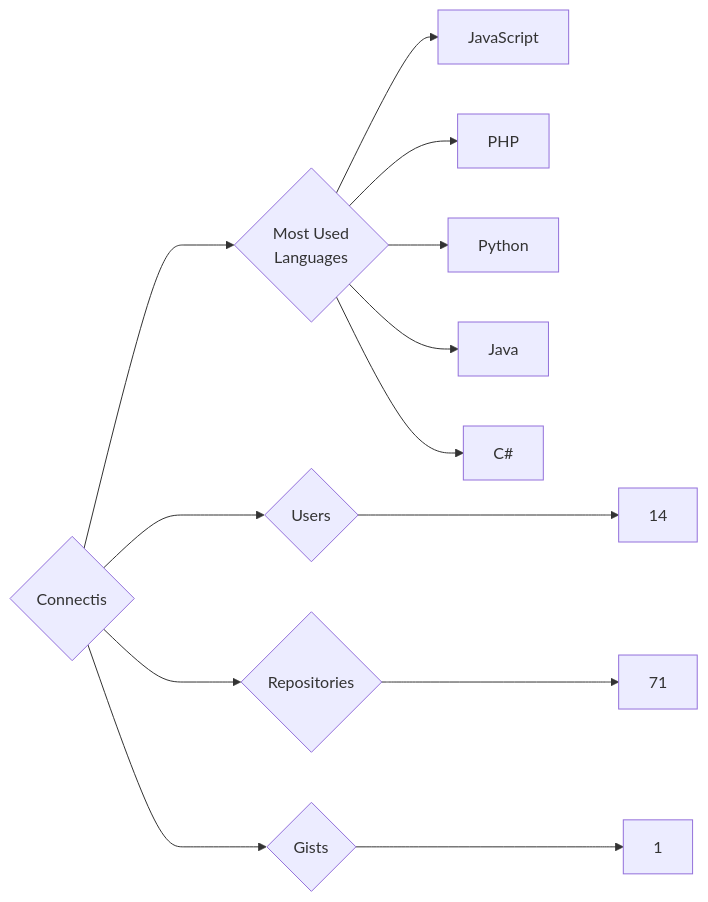
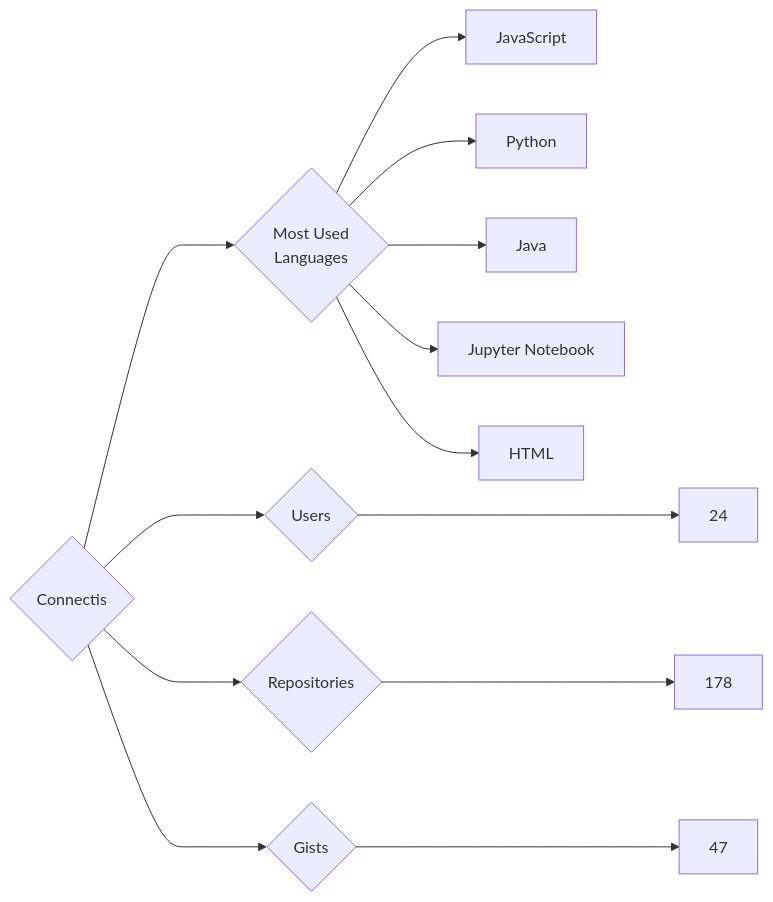
One commit to trickest/insiders changed the diagram in targets/Connectis/README.md. Above: the diagram before and after it, drawn with Mermaid. The commit also changed 777 other files, not shown here.

````diff
--- a/targets/Connectis/README.md
+++ b/targets/Connectis/README.md
@@ -3,13 +3,13 @@
 ```mermaid
 graph LR
 COMPANY_NAME{Connectis}
-COMPANY_NAME ---> U{Users} ---> UN[14]
-COMPANY_NAME ---> R{Repositories} ---> RN[71]
-COMPANY_NAME ---> G{Gists} ---> GN[1]
+COMPANY_NAME ---> U{Users} ---> UN[24]
+COMPANY_NAME ---> R{Repositories} ---> RN[178]
+COMPANY_NAME ---> G{Gists} ---> GN[47]
 COMPANY_NAME ---> ML{Most Used<br>Languages}
 ML --> JavaScript[JavaScript]
-ML --> PHP[PHP]
 ML --> Python[Python]
 ML --> Java[Java]
-ML --> C#[C#]
+ML --> Jupyter_Notebook[Jupyter Notebook]
+ML --> HTML[HTML]
 ```
````
